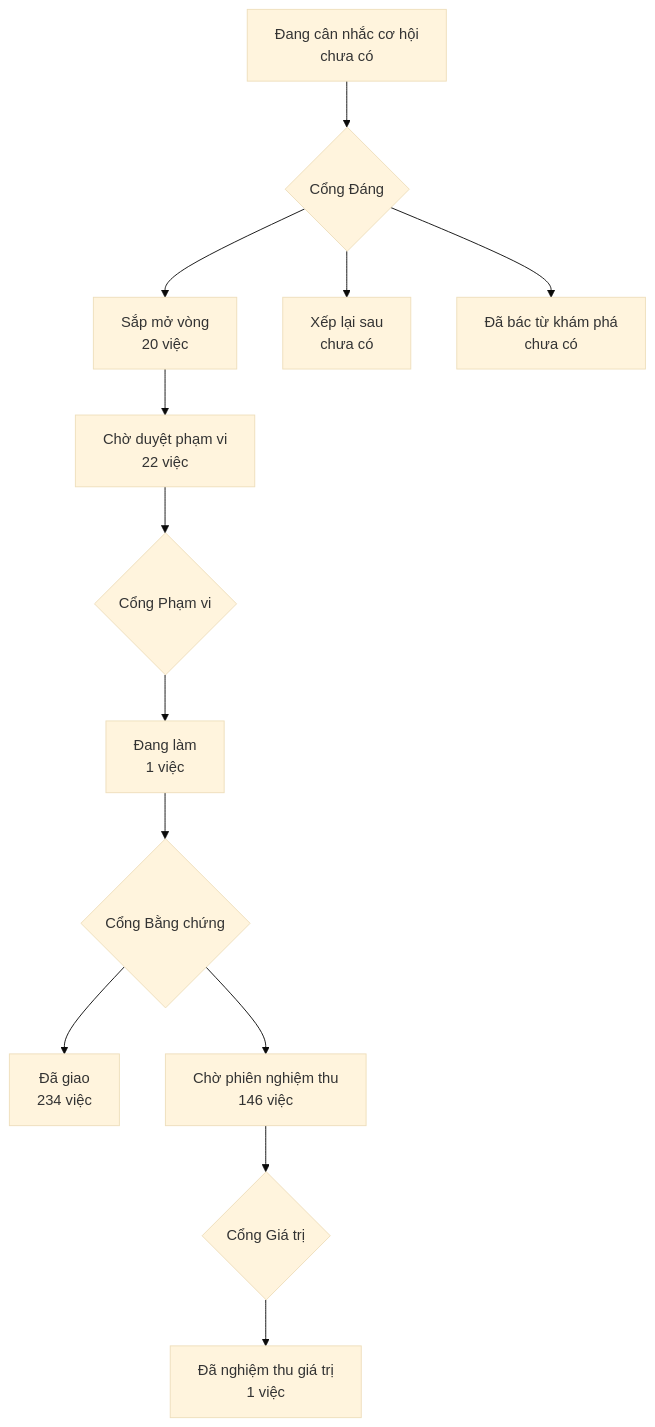
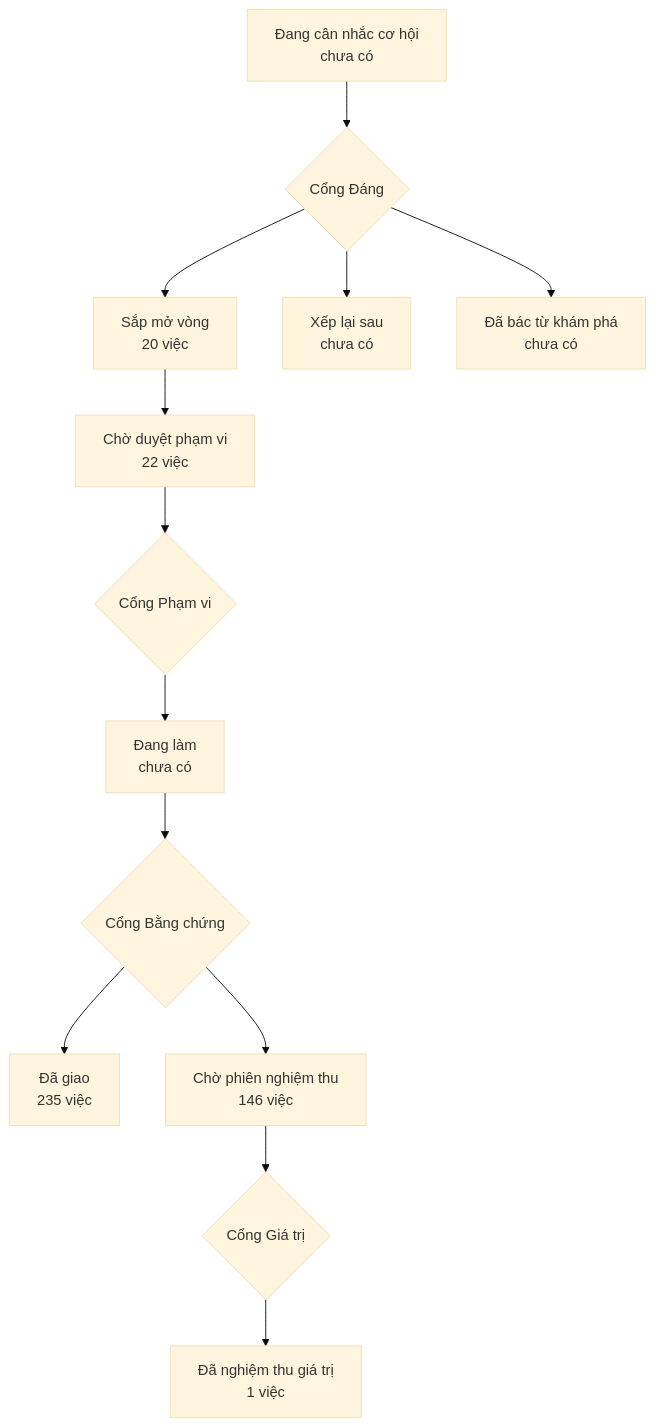
Before and after one commit to phanlemanh/onehub-invest: the diagram in PRODUCT-MAP.md, drawn with Mermaid (base theme). The commit also changed other lines of this file and 4 other files, not shown here.

````diff
--- a/PRODUCT-MAP.md
+++ b/PRODUCT-MAP.md
@@ -7,12 +7,12 @@
 ```mermaid
 flowchart TD
   A["Đang cân nhắc cơ hội<br/>chưa có"] --> GD{"Cổng Đáng"}
   GD --> B["Sắp mở vòng<br/>20 việc"]
   GD --> XL["Xếp lại sau<br/>chưa có"]
   GD --> DB["Đã bác từ khám phá<br/>chưa có"]
   B --> CD["Chờ duyệt phạm vi<br/>22 việc"] --> GP{"Cổng Phạm vi"}
-  GP --> DL["Đang làm<br/>1 việc"] --> GB{"Cổng Bằng chứng"}
-  GB --> DG["Đã giao<br/>234 việc"]
+  GP --> DL["Đang làm<br/>chưa có"] --> GB{"Cổng Bằng chứng"}
+  GB --> DG["Đã giao<br/>235 việc"]
   GB --> CN["Chờ phiên nghiệm thu<br/>146 việc"] --> GG{"Cổng Giá trị"}
   GG --> NT["Đã nghiệm thu giá trị<br/>1 việc"]
 ```
````
